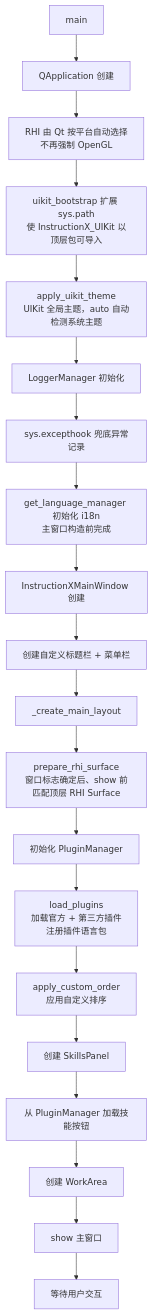
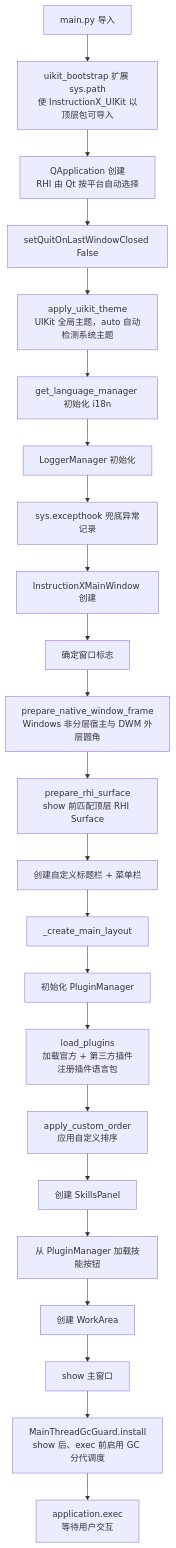
The fourth of 4 diagrams in docs/architecture/overview.md (KKPIP-Tech/InstructionX), drawn with Mermaid before and after one commit. The commit also changed other lines of this file and 19 other files, not shown here.

````diff
--- a/docs/architecture/overview.md
+++ b/docs/architecture/overview.md
@@ -578,22 +601,25 @@
 ```mermaid
 flowchart TD
-    A[main] --> B[QApplication 创建]
-    B --> B1[RHI 由 Qt 按平台自动选择<br/>不再强制 OpenGL]
-    B1 --> B2[uikit_bootstrap 扩展 sys.path<br/>使 InstructionX_UIKit 以顶层包可导入]
-    B2 --> C[apply_uikit_theme<br/>UIKit 全局主题，auto 自动检测系统主题]
-    C --> D[LoggerManager 初始化]
-    D --> D2[sys.excepthook 兜底异常记录]
-    D2 --> D3[get_language_manager 初始化 i18n<br/>主窗口构造前完成]
-    D3 --> E[InstructionXMainWindow 创建]
-    E --> F[创建自定义标题栏 + 菜单栏]
+    A[main.py 导入] --> B0[uikit_bootstrap 扩展 sys.path<br/>使 InstructionX_UIKit 以顶层包可导入]
+    B0 --> B[QApplication 创建<br/>RHI 由 Qt 按平台自动选择]
+    B --> B1[setQuitOnLastWindowClosed False]
+    B1 --> C[apply_uikit_theme<br/>UIKit 全局主题，auto 自动检测系统主题]
+    C --> D[get_language_manager 初始化 i18n]
+    D --> D1[LoggerManager 初始化]
+    D1 --> D2[sys.excepthook 兜底异常记录]
+    D2 --> E[InstructionXMainWindow 创建]
+    E --> E0[确定窗口标志]
+    E0 --> E1[prepare_native_window_frame<br/>Windows 非分层宿主与 DWM 外层圆角]
+    E1 --> E2[prepare_rhi_surface<br/>show 前匹配顶层 RHI Surface]
+    E2 --> F[创建自定义标题栏 + 菜单栏]
     F --> G[_create_main_layout]
-    G --> G0[prepare_rhi_surface<br/>窗口标志确定后、show 前匹配顶层 RHI Surface]
-    G0 --> G1[初始化 PluginManager]
+    G --> G1[初始化 PluginManager]
     G1 --> G2[load_plugins<br/>加载官方 + 第三方插件<br/>注册插件语言包]
     G2 --> G3[apply_custom_order<br/>应用自定义排序]
     G3 --> H[创建 SkillsPanel]
     H --> I[从 PluginManager 加载技能按钮]
     I --> J[创建 WorkArea]
     J --> K[show 主窗口]
-    K --> L[等待用户交互]
+    K --> K1[MainThreadGcGuard.install<br/>show 后、exec 前启用 GC 分代调度]
+    K1 --> L[application.exec<br/>等待用户交互]
 ```
````
